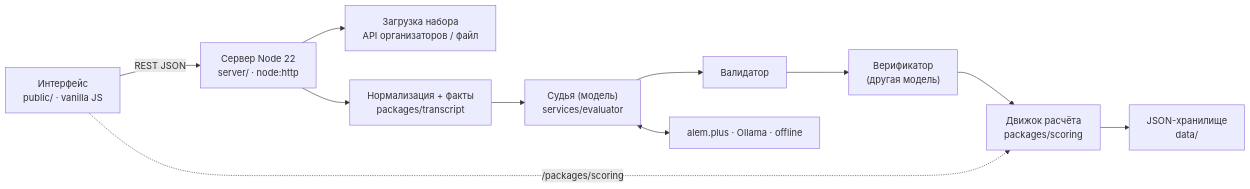
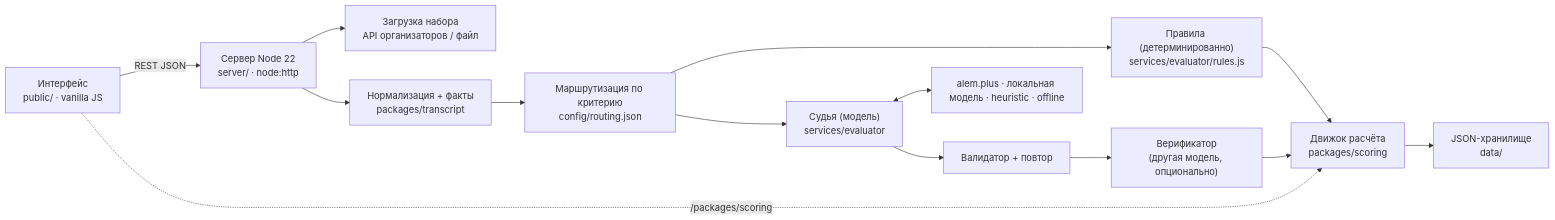
One commit to advertising20240-hiii/Revengers-Data-Challenge changed the diagram in README.md. Above: the diagram before and after it, drawn with Mermaid. The commit also changed other lines of this file and 3 other files, not shown here.

````diff
--- a/README.md
+++ b/README.md
@@ -100,10 +88,14 @@
 ```mermaid
 flowchart LR
   UI["Интерфейс<br/>public/ · vanilla JS"] -- REST JSON --> API["Сервер Node 22<br/>server/ · node:http"]
   API --> Fetch["Загрузка набора<br/>API организаторов / файл"]
   API --> Norm["Нормализация + факты<br/>packages/transcript"]
-  Norm --> Judge["Судья (модель)<br/>services/evaluator"]
-  Judge --> Val["Валидатор"] --> Ver["Верификатор<br/>(другая модель)"] --> Score["Движок расчёта<br/>packages/scoring"] --> DB["JSON-хранилище<br/>data/"]
-  Judge <--> LLM["alem.plus · Ollama · offline"]
+  Norm --> Route["Маршрутизация по критерию<br/>config/routing.json"]
+  Route --> Rule["Правила (детерминированно)<br/>services/evaluator/rules.js"]
+  Route --> Judge["Судья (модель)<br/>services/evaluator"]
+  Judge --> Val["Валидатор + повтор"] --> Ver["Верификатор<br/>(другая модель, опционально)"]
+  Rule --> Score["Движок расчёта<br/>packages/scoring"]
+  Ver --> Score --> DB["JSON-хранилище<br/>data/"]
+  Judge <--> LLM["alem.plus · локальная модель · heuristic · offline"]
   UI -. "/packages/scoring" .-> Score
 ```
````
